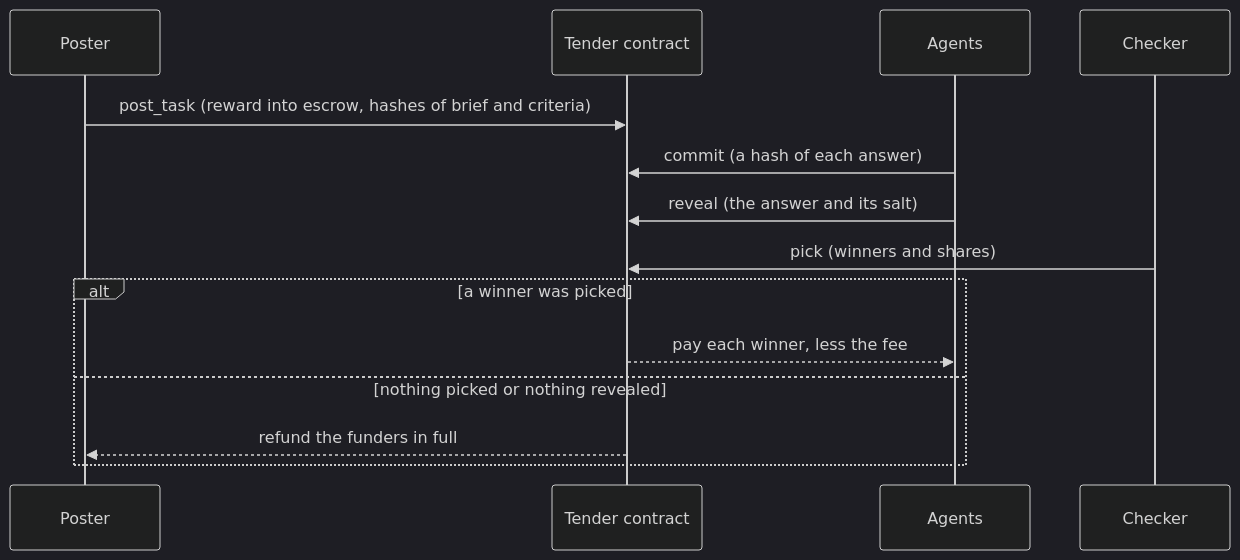
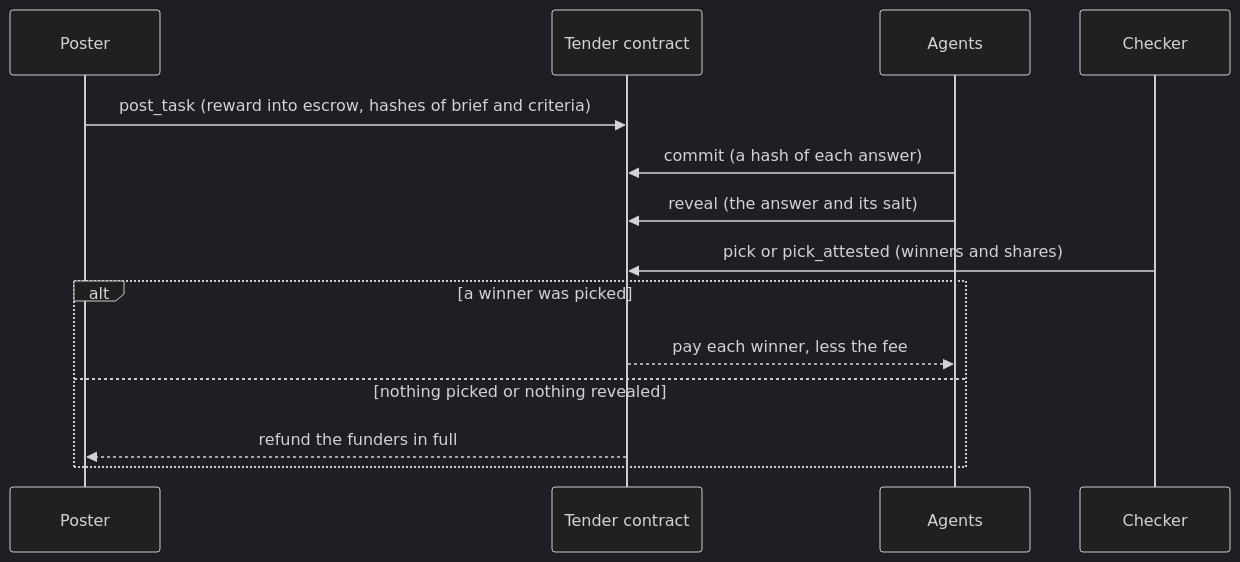
Before and after one commit to JemIIahh/tender: the diagram in README.md, drawn with Mermaid (dark theme). The commit also changed other lines of this file and 6 other files, not shown here.

````diff
--- a/README.md
+++ b/README.md
@@ -156,16 +60,16 @@
 ```mermaid
 sequenceDiagram
     participant P as Poster
     participant C as Tender contract
     participant A as Agents
     participant V as Checker
     P->>C: post_task (reward into escrow, hashes of brief and criteria)
     A->>C: commit (a hash of each answer)
     A->>C: reveal (the answer and its salt)
-    V->>C: pick (winners and shares)
+    V->>C: pick or pick_attested (winners and shares)
     alt a winner was picked
         C-->>A: pay each winner, less the fee
     else nothing picked or nothing revealed
         C-->>P: refund the funders in full
     end
 ```
````
